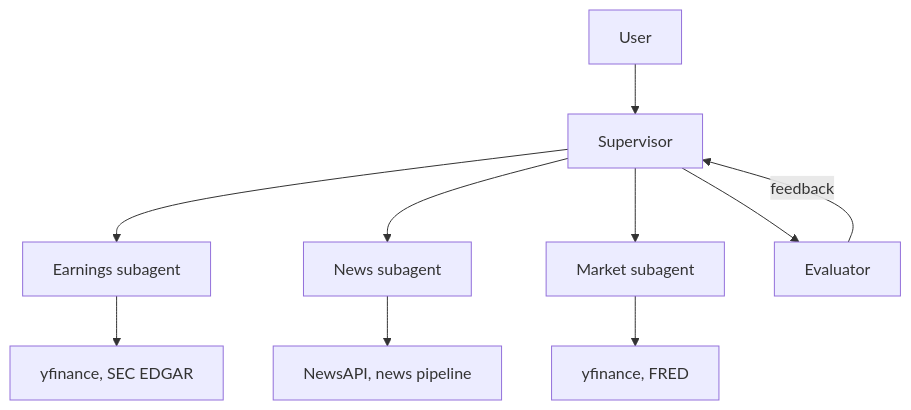
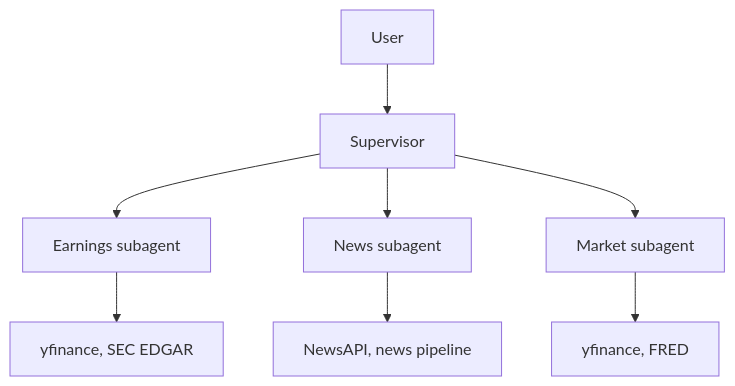
One commit to seanmcgowanx/multi-agent-financial-analyst changed the first of 2 diagrams in README.md. Above: the diagram before and after it, drawn with Mermaid. The commit also changed other lines of this file, not shown here.

````diff
--- a/README.md
+++ b/README.md
@@ -10,12 +10,10 @@
 ```mermaid
 flowchart TD
     U[User] --> S[Supervisor]
     S --> E[Earnings subagent]
     S --> N[News subagent]
     S --> M[Market subagent]
     E --> ET[yfinance, SEC EDGAR]
     N --> NT[NewsAPI, news pipeline]
     M --> MT[yfinance, FRED]
-    S --> V[Evaluator]
-    V -- feedback --> S
 ```
````
